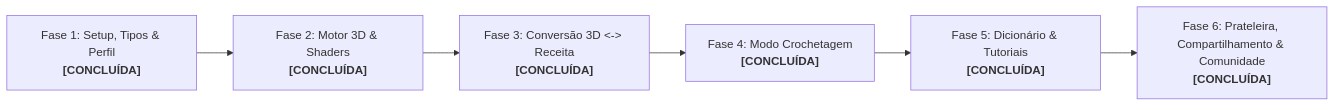
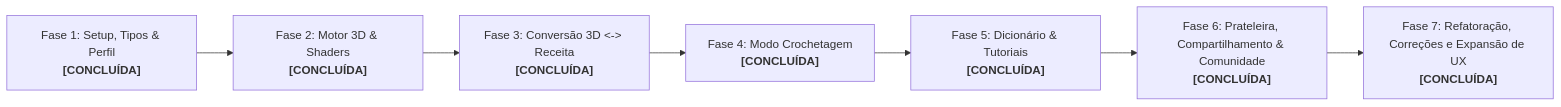
Before and after one commit to AyrtonLoks/crochet-3d: the diagram in plans/PLANO_DE_DESENVOLVIMENTO.md, drawn with Mermaid. The commit also changed other lines of this file and 15 other files, not shown here.

Commit message:
docs: update technical specifications, business requirements, development plan and readme to match 4-tab architecture and UX overhaul

````diff
--- a/plans/PLANO_DE_DESENVOLVIMENTO.md
+++ b/plans/PLANO_DE_DESENVOLVIMENTO.md
@@ -39,8 +39,9 @@
 ```mermaid
 flowchart LR
     Fase1["Fase 1: Setup, Tipos & Perfil<br/><b>[CONCLUÍDA]</b>"] --> Fase2["Fase 2: Motor 3D & Shaders<br/><b>[CONCLUÍDA]</b>"]
     Fase2 --> Fase3["Fase 3: Conversão 3D <-> Receita<br/><b>[CONCLUÍDA]</b>"]
     Fase3 --> Fase4["Fase 4: Modo Crochetagem<br/><b>[CONCLUÍDA]</b>"]
     Fase4 --> Fase5["Fase 5: Dicionário & Tutoriais<br/><b>[CONCLUÍDA]</b>"]
     Fase5 --> Fase6["Fase 6: Prateleira, Compartilhamento & Comunidade<br/><b>[CONCLUÍDA]</b>"]
+    Fase6 --> Fase7["Fase 7: Refatoração, Correções e Expansão de UX<br/><b>[CONCLUÍDA]</b>"]
 ```
````
